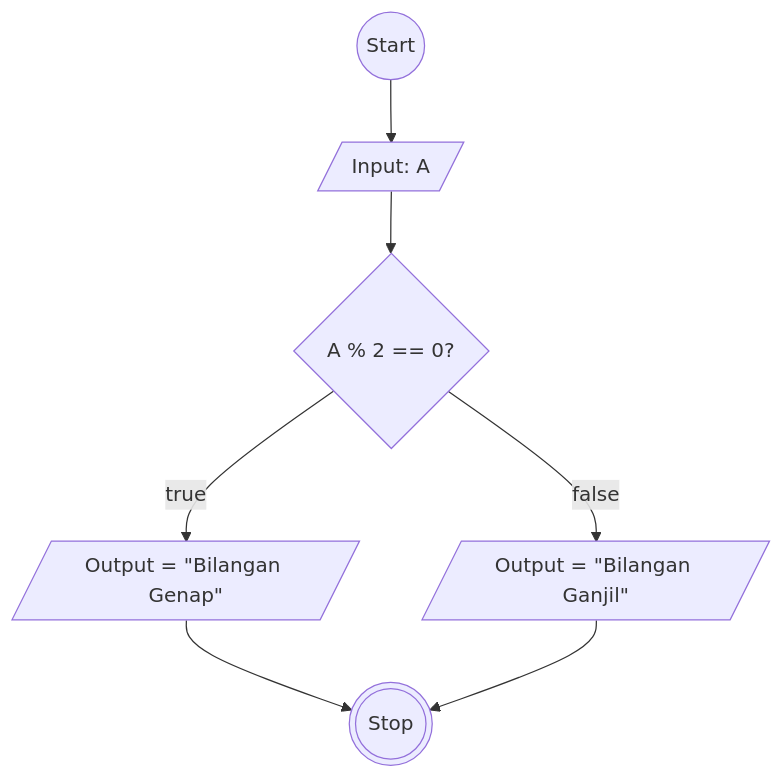
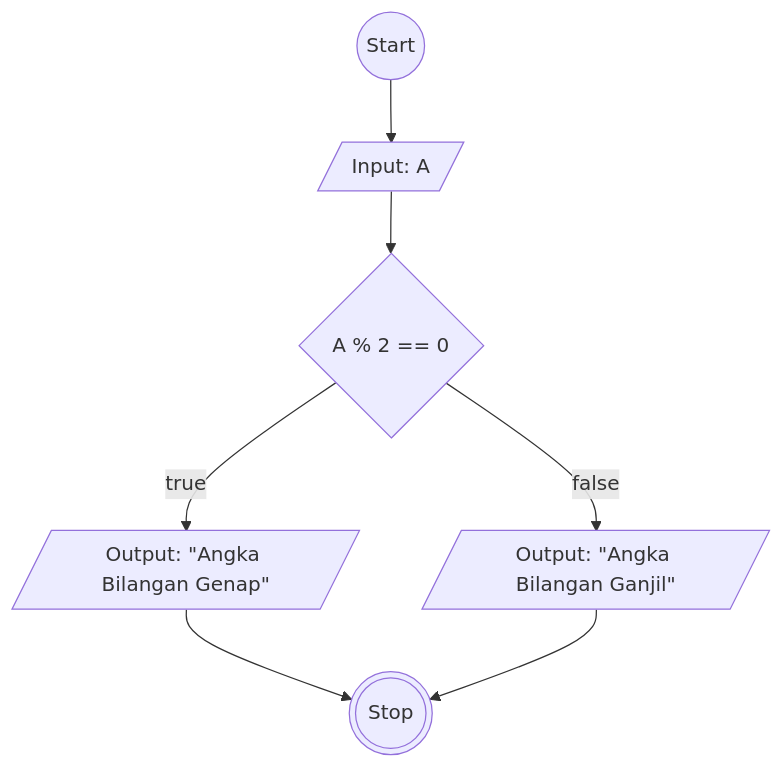
One commit to Vincentius31/koda-b6-algoritma changed the diagram in flowchart-ganjil-genap.md. Above: the diagram before and after it, drawn with Mermaid.

````diff
--- a/flowchart-ganjil-genap.md
+++ b/flowchart-ganjil-genap.md
@@ -1,14 +1,14 @@
 ```mermaid
 flowchart TD
     id1((Start))
     id2[/"Input: A"/]
-    id4{A % 2 == 0?}
-    id5[/Output = #quot;Bilangan Genap#quot;/]
-    id6[/Output = #quot;Bilangan Ganjil#quot;/]
+    id4{A % 2 == 0}
+    id5[/Output: #quot;Angka Bilangan Genap#quot;/]
+    id6[/Output: #quot;Angka Bilangan Ganjil#quot;/]
     id7(((Stop)))
 
 
     id1 --> id2 --> id4 -- true --> id5
     id4 -- false --> id6
     id5 & id6 --> id7
 ```
````
